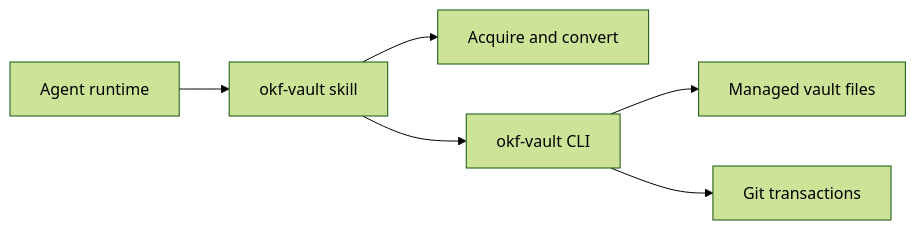
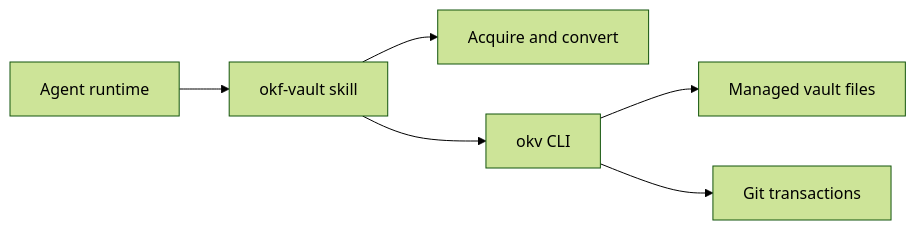
The diagram in README.md (rafiti052/okf-vault), drawn with Mermaid (forest theme) before and after one commit. The commit also changed other lines of this file and 8 other files, not shown here.

````diff
--- a/README.md
+++ b/README.md
@@ -9,8 +9,8 @@
 ```mermaid
 flowchart LR
   Agent[Agent runtime] --> Skill[okf-vault skill]
   Skill --> Acquire[Acquire and convert]
-  Skill --> Helper[okf-vault CLI]
+  Skill --> Helper[okv CLI]
   Helper --> Vault[Managed vault files]
   Helper --> Git[Git transactions]
 ```
````
